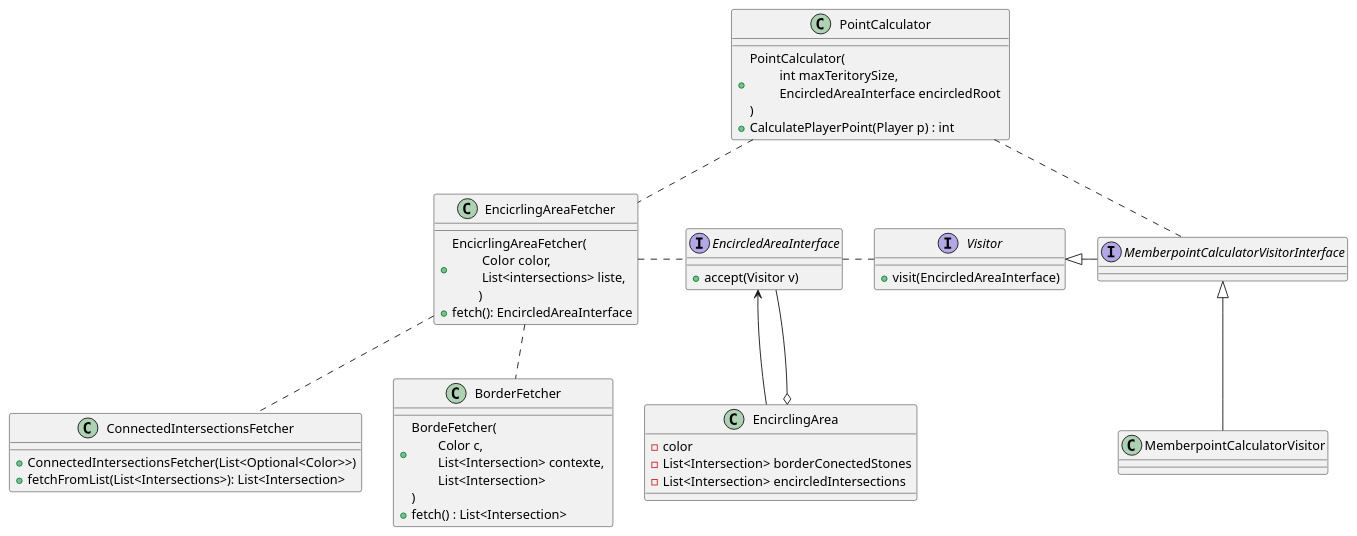
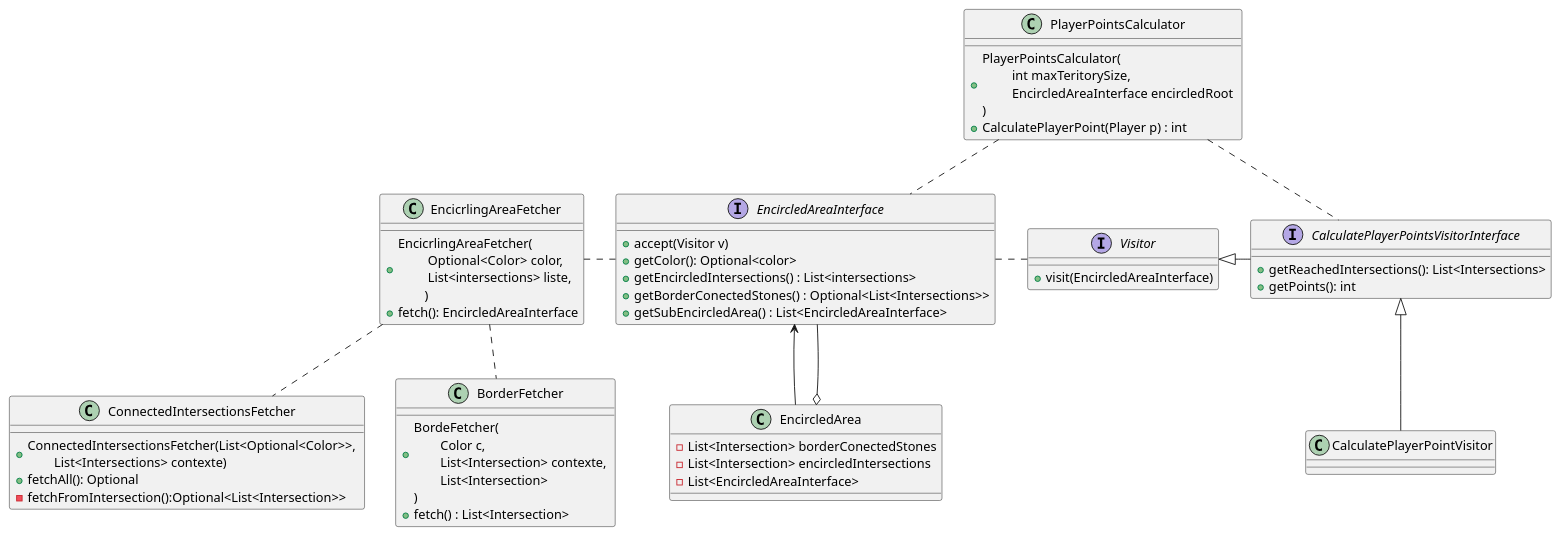
The diagram in src/conceptionComptagePoints.puml (pierrelucueisd/compteurpoints-jeu-go-java), drawn with PlantUML before and after one commit.

Commit message:
petite amélioration

```diff
--- a/src/conceptionComptagePoints.puml
+++ b/src/conceptionComptagePoints.puml
@@ -1,58 +1,70 @@
 @startuml
 
 
+class PlayerPointsCalculator {
+    +PlayerPointsCalculator(\n\t int maxTeritorySize, \n\t EncircledAreaInterface encircledRoot \n)
+    +CalculatePlayerPoint(Player p) : int
+}
+PlayerPointsCalculator .. CalculatePlayerPointsVisitorInterface
+PlayerPointsCalculator .. EncircledAreaInterface
+
+interface CalculatePlayerPointsVisitorInterface {
+    +getReachedIntersections(): List<Intersections>
+    +getPoints(): int
+}
+CalculatePlayerPointsVisitorInterface <|-- CalculatePlayerPointVisitor
+
+interface Visitor {
+    +visit(EncircledAreaInterface)
+}
+Visitor <|- CalculatePlayerPointsVisitorInterface
 
 class ConnectedIntersectionsFetcher {
-    +ConnectedIntersectionsFetcher(List<Optional<Color>>)
-    +fetchFromList(List<Intersections>): List<Intersection>
+    +ConnectedIntersectionsFetcher(List<Optional<Color>>, \n\tList<Intersections> contexte)
+    +fetchAll(): Optional
+    -fetchFromIntersection():Optional<List<Intersection>>
 }
 
 
 
 Interface EncircledAreaInterface {
     +accept(Visitor v)
+    +getColor(): Optional<color>
+    +getEncircledIntersections() : List<intersections>
+    +getBorderConectedStones() : Optional<List<Intersections>>
+    +getSubEncircledArea() : List<EncircledAreaInterface>
+
 }
-class EncirclingArea{
-  -color
+class EncircledArea{
   -List<Intersection> borderConectedStones
   -List<Intersection> encircledIntersections
+  -List<EncircledAreaInterface>
 }
 
-EncircledAreaInterface <-- EncirclingArea
-EncircledAreaInterface --o EncirclingArea
+EncircledAreaInterface <-- EncircledArea
+EncircledAreaInterface --o EncircledArea
 
 
 class EncicrlingAreaFetcher{
-    +EncicrlingAreaFetcher(\n\t Color color, \n\t List<intersections> liste, \n\t)
+    +EncicrlingAreaFetcher(\n\t Optional<Color> color, \n\t List<intersections> liste, \n\t)
     +fetch(): EncircledAreaInterface
 
 }
 EncicrlingAreaFetcher .. ConnectedIntersectionsFetcher
 EncicrlingAreaFetcher .. BorderFetcher
 
 class BorderFetcher {
     +BordeFetcher(\n\tColor c, \n\tList<Intersection> contexte, \n\tList<Intersection>
      )
      +fetch() : List<Intersection>
 }
 
 EncicrlingAreaFetcher . EncircledAreaInterface
 
-interface Visitor {
-    +visit(EncircledAreaInterface)
-}
-class MemberpointCalculatorVisitor
-interface MemberpointCalculatorVisitorInterface
-MemberpointCalculatorVisitorInterface <|-- MemberpointCalculatorVisitor
-Visitor <|- MemberpointCalculatorVisitorInterface
+
 EncircledAreaInterface . Visitor
 
-class PointCalculator {
-    +PointCalculator(\n\t int maxTeritorySize, \n\t EncircledAreaInterface encircledRoot \n)
-    +CalculatePlayerPoint(Player p) : int
-}
-PointCalculator .. MemberpointCalculatorVisitorInterface
-PointCalculator .. EncicrlingAreaFetcher
+
 
 
 @enduml
```
